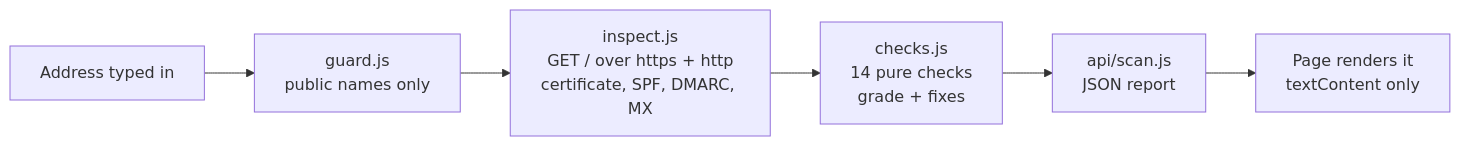
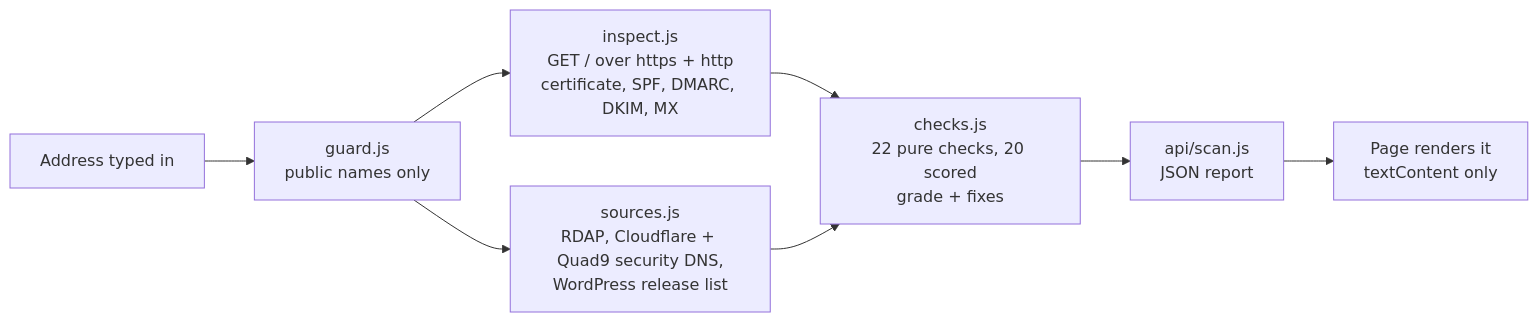
One commit to Waleee7/dare-check changed the diagram in README.md. Above: the diagram before and after it, drawn with Mermaid. The commit also changed other lines of this file and 3 other files, not shown here.

````diff
--- a/README.md
+++ b/README.md
@@ -25,8 +31,10 @@
 ```mermaid
 flowchart LR
   A[Address typed in] --> B[guard.js<br/>public names only]
-  B --> C[inspect.js<br/>GET / over https + http<br/>certificate, SPF, DMARC, MX]
-  C --> D[checks.js<br/>14 pure checks<br/>grade + fixes]
+  B --> C[inspect.js<br/>GET / over https + http<br/>certificate, SPF, DMARC, DKIM, MX]
+  B --> S[sources.js<br/>RDAP, Cloudflare + Quad9 security DNS,<br/>WordPress release list]
+  C --> D[checks.js<br/>22 pure checks, 20 scored<br/>grade + fixes]
+  S --> D
   D --> E[api/scan.js<br/>JSON report]
   E --> F[Page renders it<br/>textContent only]
 ```
````
